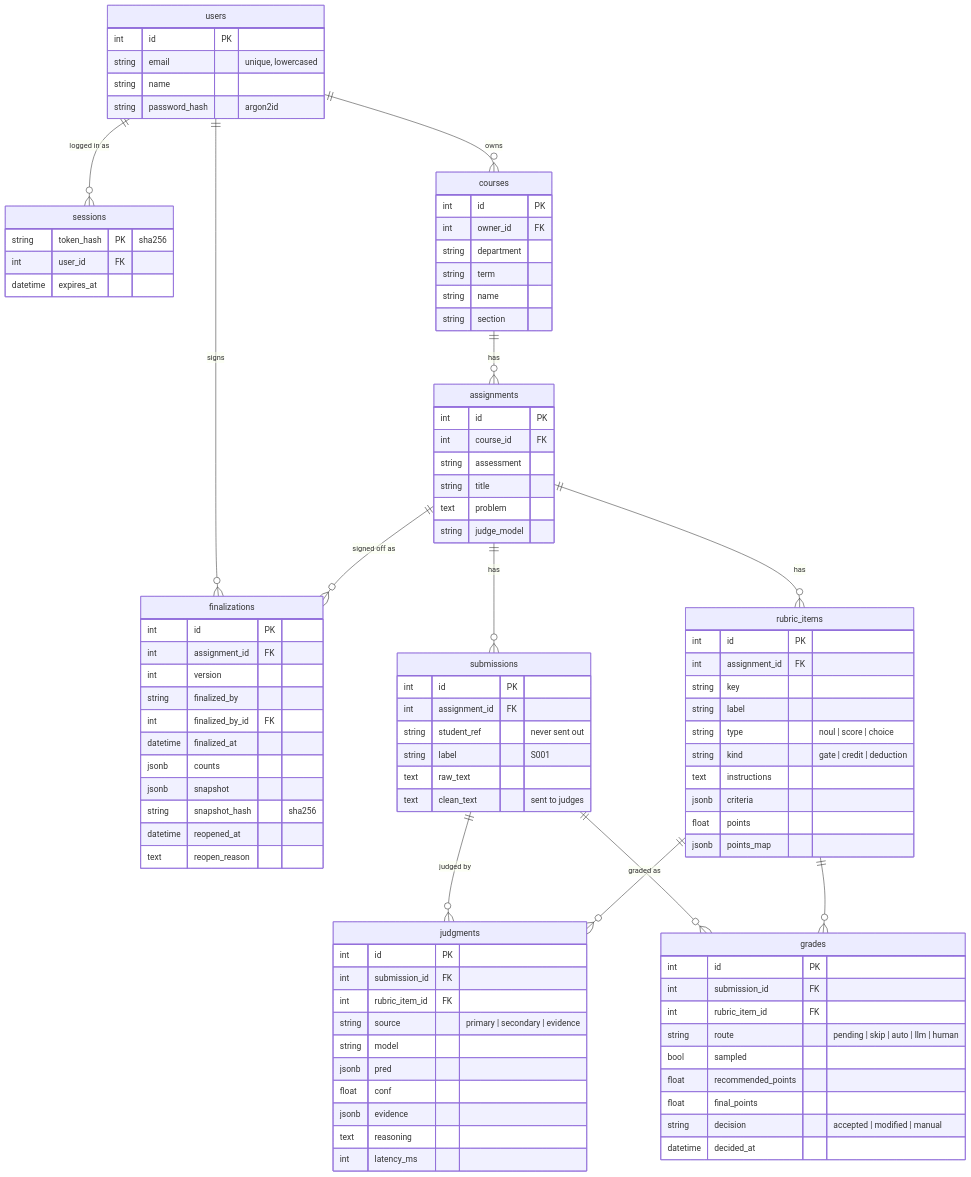
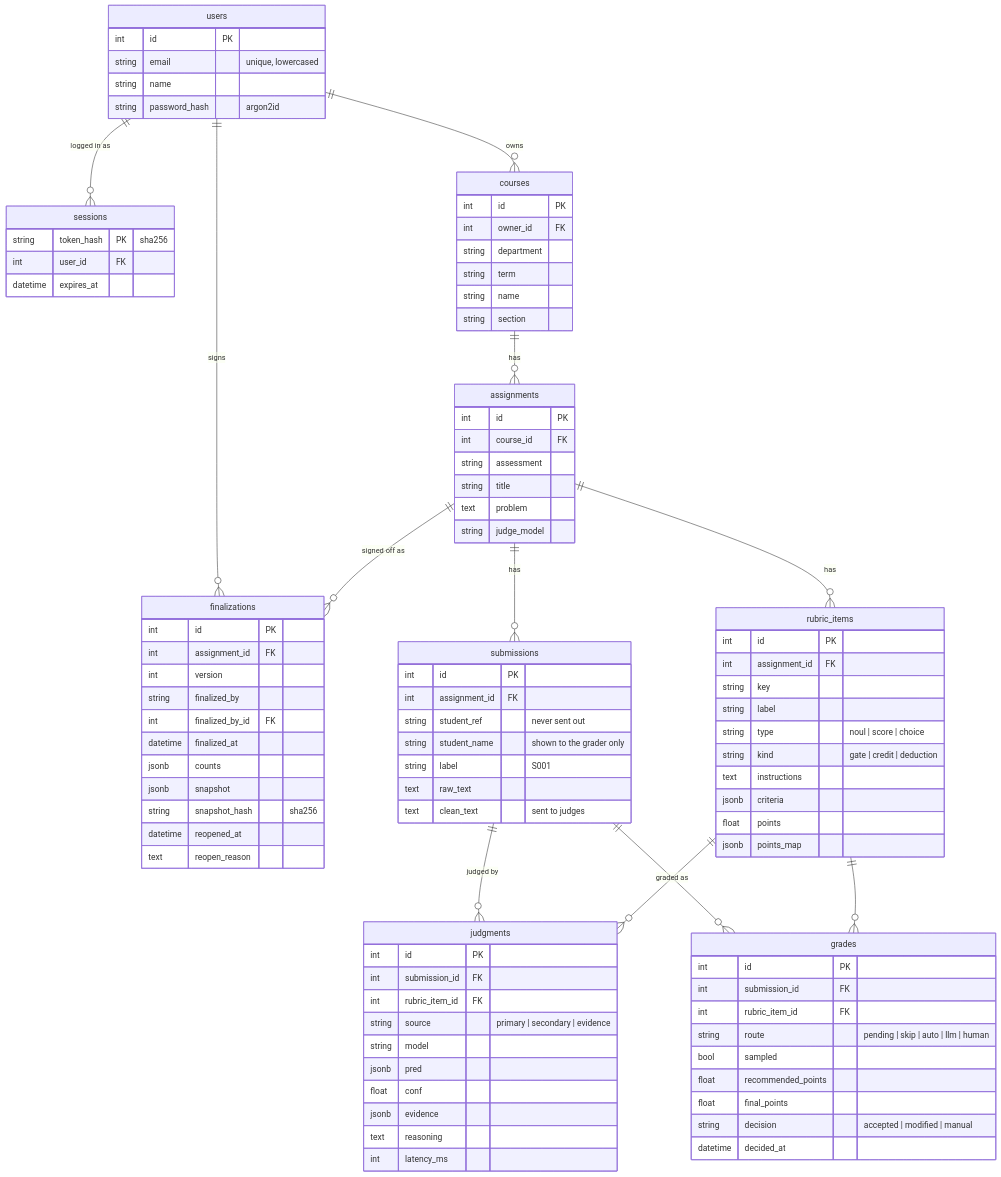
Before and after one commit to GrntKim/FastABC: the diagram in docs/development.md, drawn with Mermaid. The commit also changed other lines of this file and 20 other files, not shown here.

Commit message:
feat: show student names to the grader with a switch to grade blind

```diff
--- a/docs/development.md
+++ b/docs/development.md
@@ -105,6 +105,7 @@
         int id PK
         int assignment_id FK
         string student_ref "never sent out"
+        string student_name "shown to the grader only"
         string label "S001"
         text raw_text
         text clean_text "sent to judges"
```
